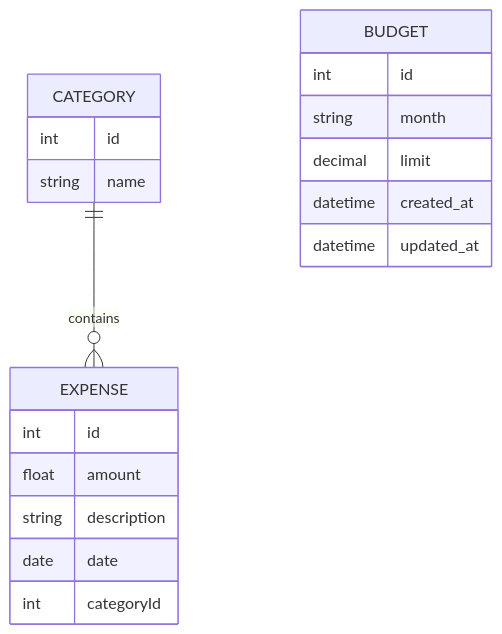
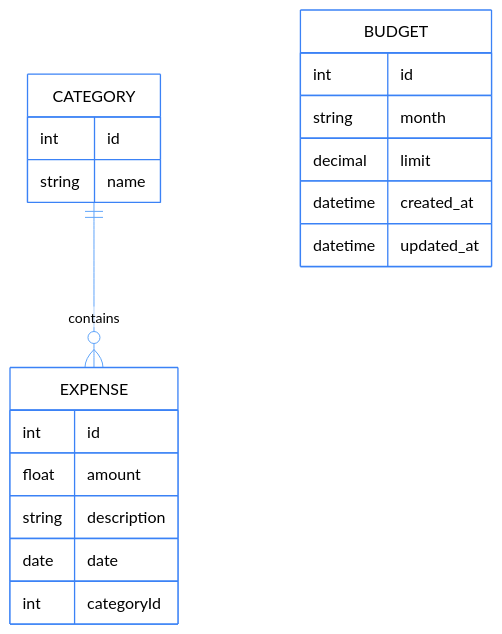
The diagram in README.md (AdamFor235/Projekt), drawn with Mermaid before and after one commit. The commit also changed other lines of this file and 1 other file, not shown here.

Commit message:
poprawiony diagram v1

````diff
--- a/README.md
+++ b/README.md
@@ -32,26 +33,37 @@
 ```mermaid
+%%{init: {
+  "theme": "base",
+  "themeVariables": {
+    "primaryColor": "#ffffff",
+    "primaryTextColor": "#000000",
+    "primaryBorderColor": "#3b82f6",
+    "lineColor": "#60a5fa",
+    "secondaryColor": "#ffffff",
+    "tertiaryColor": "#ffffff"
+  }
+}}%%
 erDiagram
 
 CATEGORY ||--o{ EXPENSE : contains
 
 CATEGORY {
     int id
     string name
 }
 
 EXPENSE {
     int id
     float amount
     string description
     date date
     int categoryId
 }
 
 BUDGET {
     int id
     string month
     decimal limit
     datetime created_at
     datetime updated_at
 }
 ```
````
